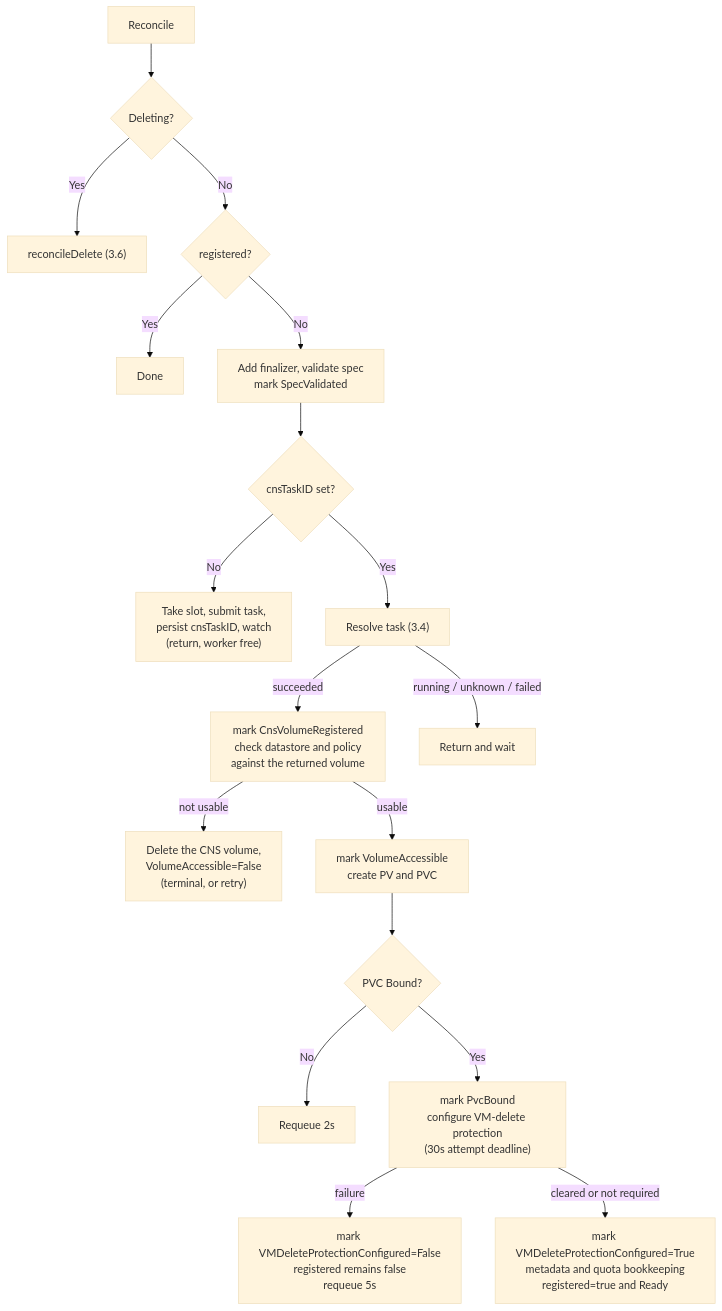
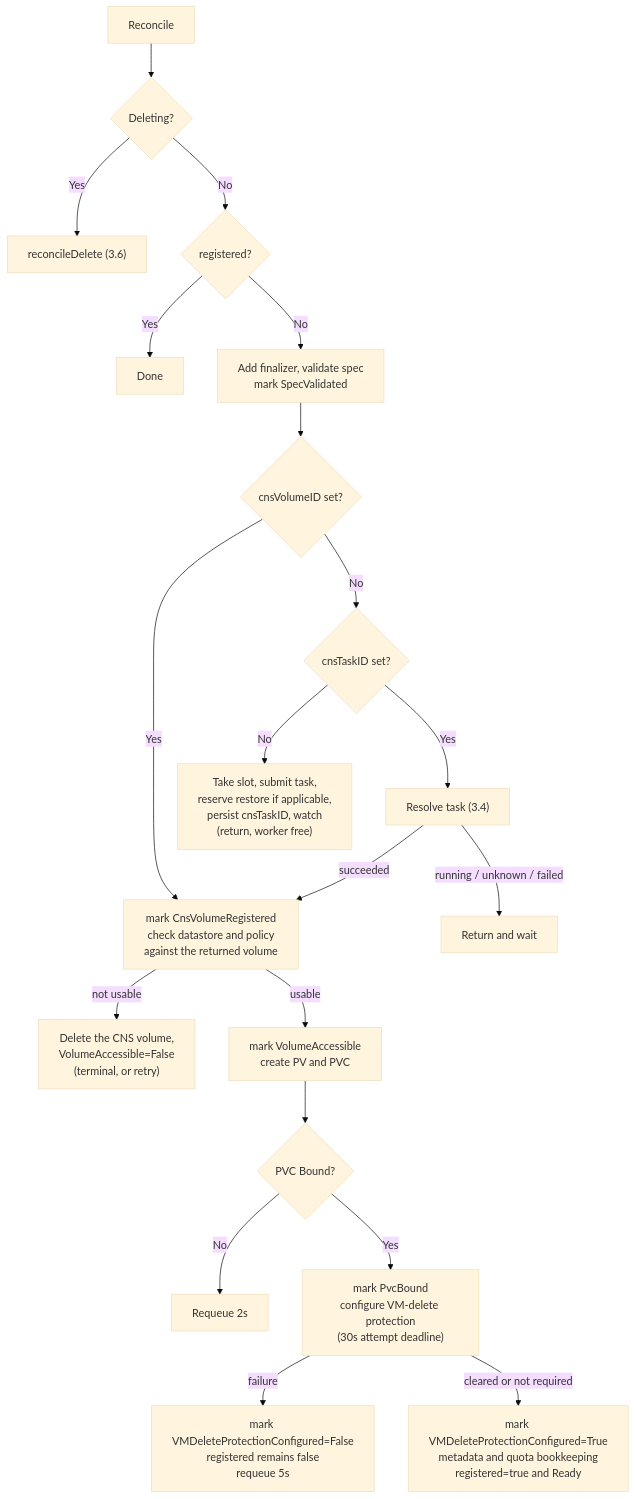
The fourth of 7 diagrams in spec/UBMCNS-2482/design.md (kubernetes-sigs/vsphere-csi-driver), drawn with Mermaid (base theme) before and after one commit. The commit also changed other lines of this file and 10 other files, not shown here.

````diff
--- a/spec/UBMCNS-2482/design.md
+++ b/spec/UBMCNS-2482/design.md
@@ -398,20 +419,22 @@
 ```mermaid
 flowchart TD
     A["Reconcile"] --> B{"Deleting?"}
     B -->|Yes| DEL["reconcileDelete (3.6)"]
     B -->|No| C{"registered?"}
     C -->|Yes| END0["Done"]
     C -->|No| V["Add finalizer, validate spec<br/>mark SpecValidated"]
-    V --> S{"cnsTaskID set?"}
-    S -->|No| SUB["Take slot, submit task,<br/>persist cnsTaskID, watch<br/>(return, worker free)"]
+    V --> R{"cnsVolumeID set?"}
+    R -->|Yes| ACC
+    R -->|No| S{"cnsTaskID set?"}
+    S -->|No| SUB["Take slot, submit task,<br/>reserve restore if applicable,<br/>persist cnsTaskID, watch<br/>(return, worker free)"]
     S -->|Yes| POLL["Resolve task (3.4)"]
     POLL -->|succeeded| ACC["mark CnsVolumeRegistered<br/>check datastore and policy<br/>against the returned volume"]
     POLL -->|"running / unknown / failed"| WAIT["Return and wait"]
     ACC -->|not usable| CLEAN["Delete the CNS volume,<br/>VolumeAccessible=False<br/>(terminal, or retry)"]
     ACC -->|usable| K8S["mark VolumeAccessible<br/>create PV and PVC"]
     K8S --> BIND{"PVC Bound?"}
     BIND -->|No| R2["Requeue 2s"]
     BIND -->|Yes| PROTECT["mark PvcBound<br/>configure VM-delete protection<br/>(30s attempt deadline)"]
     PROTECT -->|failure| R5["mark VMDeleteProtectionConfigured=False<br/>registered remains false<br/>requeue 5s"]
     PROTECT -->|cleared or not required| FIN["mark VMDeleteProtectionConfigured=True<br/>metadata and quota bookkeeping<br/>registered=true and Ready"]
 ```
````
